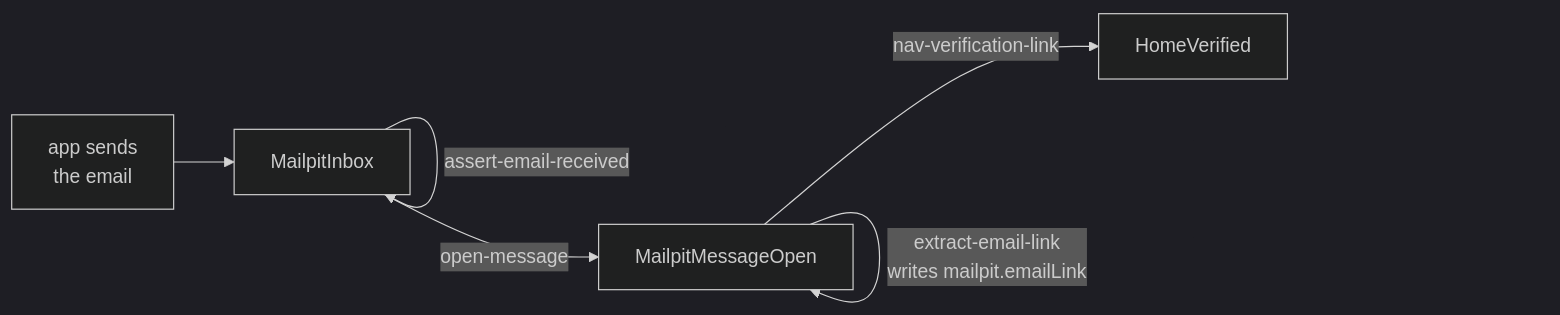
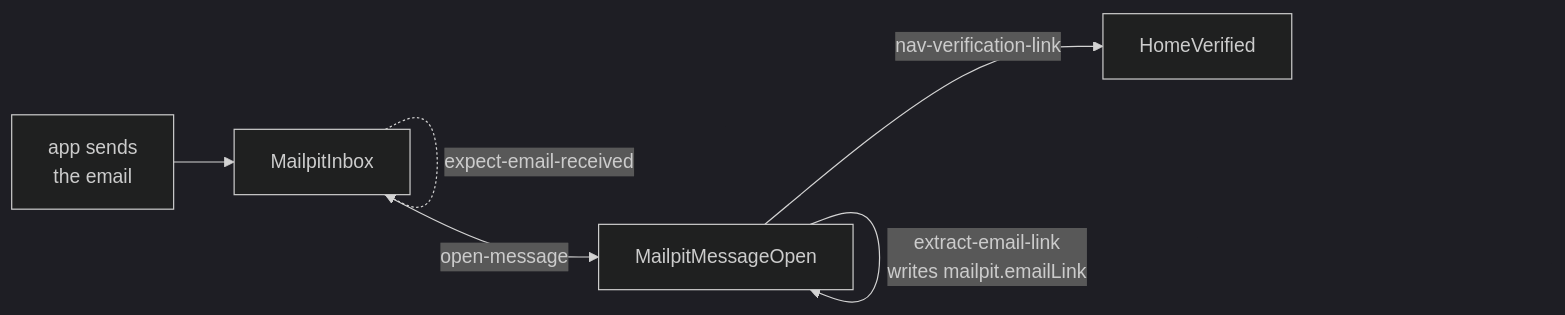
The diagram in docs/guides/mail.md (deviate-dv8/waygraph), drawn with Mermaid (dark theme) before and after one commit. The commit also changed other lines of this file and 110 other files, not shown here.

````diff
--- a/docs/guides/mail.md
+++ b/docs/guides/mail.md
@@ -6,9 +6,9 @@
 ```mermaid
 graph LR
   A[app sends<br/>the email] --> I[MailpitInbox]
-  I -->|assert-email-received| I
+  I -.->|expect-email-received| I
   I -->|open-message| O[MailpitMessageOpen]
-  O -->|assert-email-content| O
+  O -.->|expect-email-content| O
   O -->|extract-email-link<br/>writes mailpit.emailLink| O
   O -->|nav-verification-link| V[HomeVerified]
 ```
````
